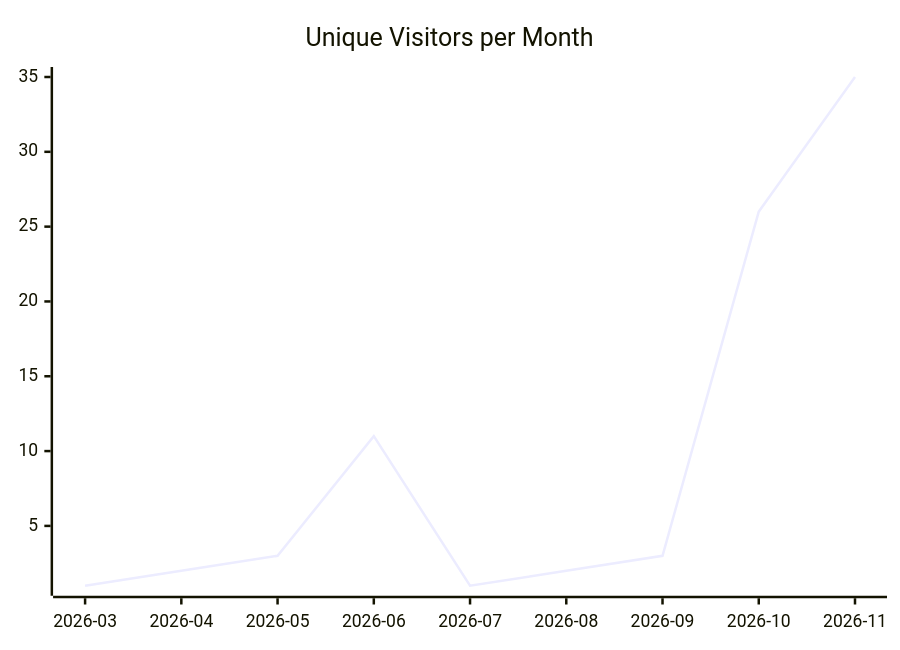
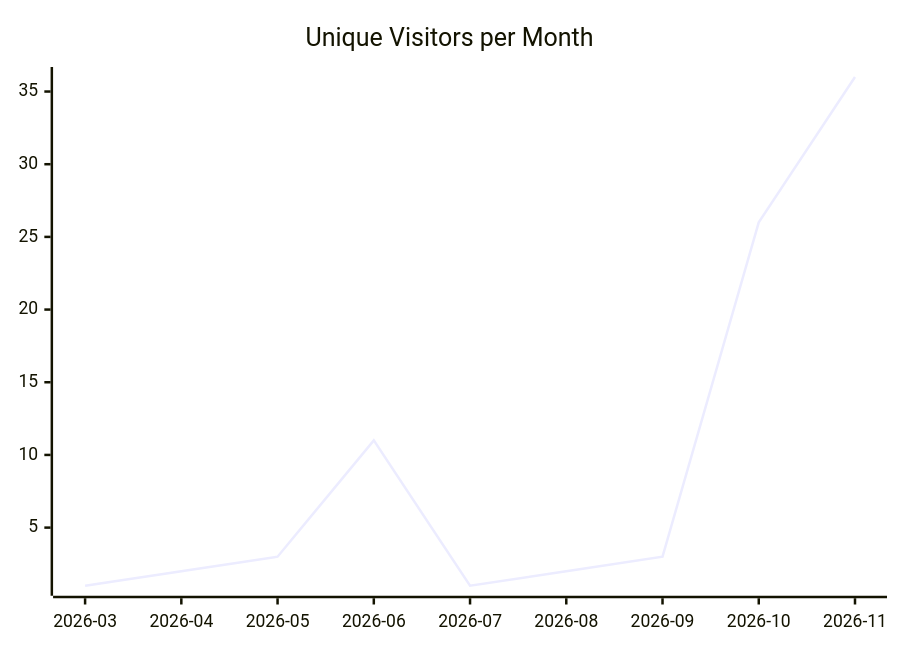
One commit to justdavis-family/github-analytics-data changed the first of 3 diagrams in karlmdavis/justdavis-ansible/README.md. Above: the diagram before and after it, drawn with Mermaid. The commit also changed other lines of this file and 192 other files, not shown here.

````diff
--- a/karlmdavis/justdavis-ansible/README.md
+++ b/karlmdavis/justdavis-ansible/README.md
@@ -5,6 +5,6 @@
 ```mermaid
 xychart-beta
   title "Unique Visitors per Month"
   x-axis ["2026-03", "2026-04", "2026-05", "2026-06", "2026-07", "2026-08", "2026-09", "2026-10", "2026-11"]
-  line [1, 2, 3, 11, 1, 2, 3, 26, 35]
+  line [1, 2, 3, 11, 1, 2, 3, 26, 36]
 ```
````
